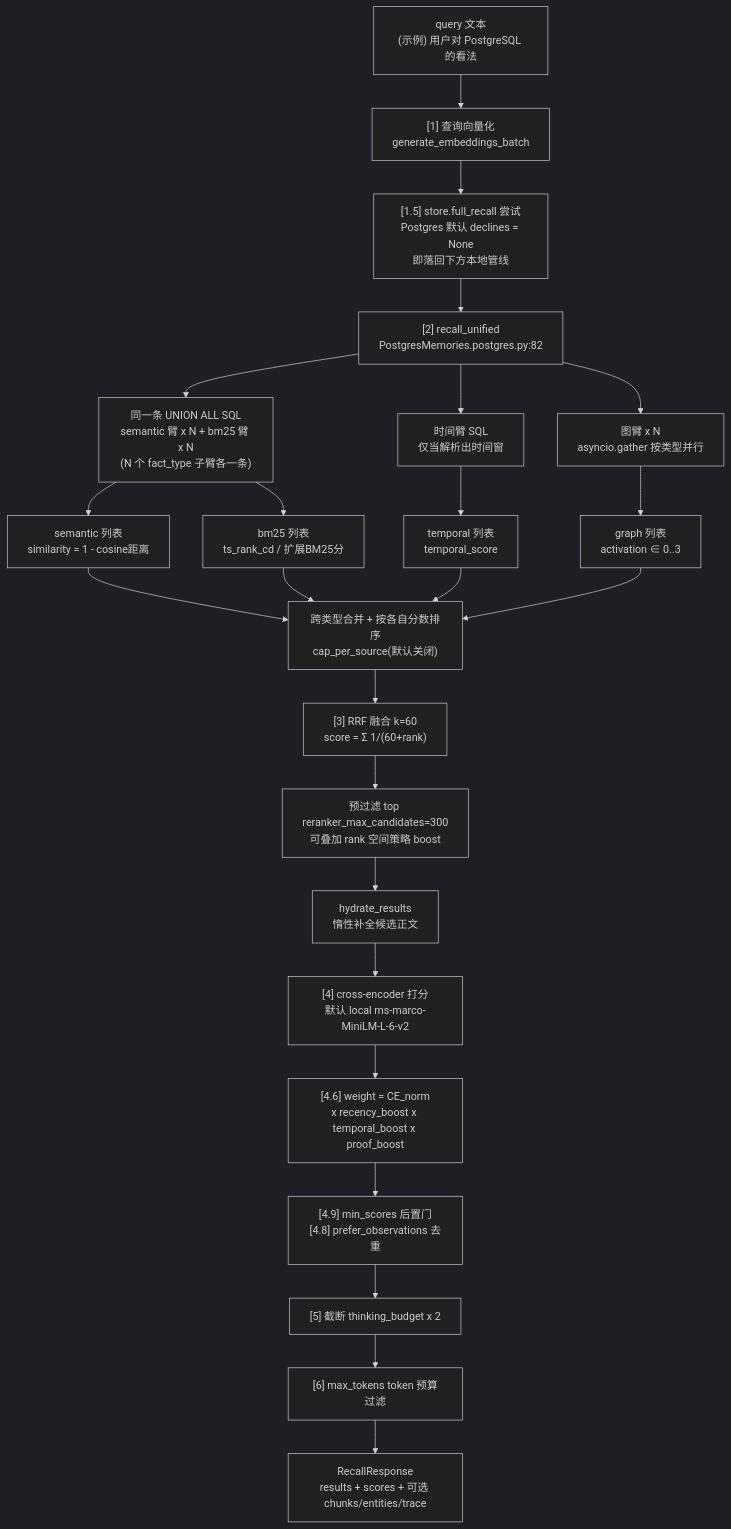
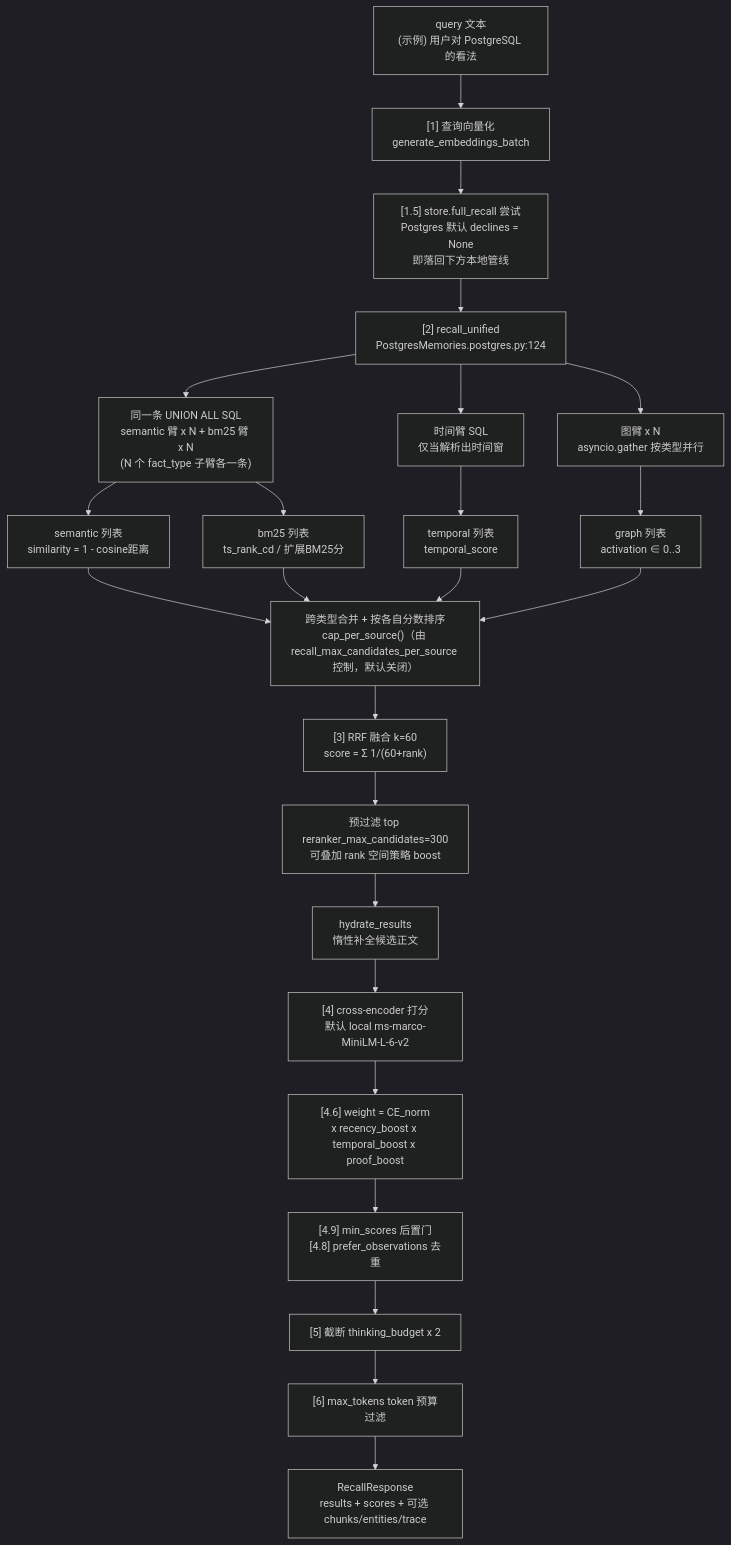
The first of 2 diagrams in docs/hindsight/source-study/03-recall-检索系统.md (stefanv5/memory-platform-architecture), drawn with Mermaid (dark theme) before and after one commit. The commit also changed other lines of this file and 7 other files, not shown here.

Commit message:
docs(hindsight): update 7-volume source study to v0.10.2 (f7dd3f4fd) — engine memories/pg restructure, storage/transfer subsystems, reflect presentation (#4656), refresh pausing (#4618), rank-decayed boost (#4653), bank aliases; verified per-module by review agents

````diff
--- a/docs/hindsight/source-study/03-recall-检索系统.md
+++ b/docs/hindsight/source-study/03-recall-检索系统.md
@@ -91,30 +94,30 @@
 ```mermaid
 flowchart TB
     Q["query 文本<br/>(示例) 用户对 PostgreSQL 的看法"] --> EMB["[1] 查询向量化<br/>generate_embeddings_batch"]
     EMB --> FR["[1.5] store.full_recall 尝试<br/>Postgres 默认 declines = None<br/>即落回下方本地管线"]
-    FR --> RU["[2] recall_unified<br/>PostgresMemories.postgres.py:82"]
+    FR --> RU["[2] recall_unified<br/>PostgresMemories.postgres.py:124"]
 
     RU --> SB["同一条 UNION ALL SQL<br/>semantic 臂 x N + bm25 臂 x N<br/>(N 个 fact_type 子臂各一条)"]
     RU --> TE["时间臂 SQL<br/>仅当解析出时间窗"]
     RU --> GR["图臂 x N<br/>asyncio.gather 按类型并行"]
 
     SB --> SEM["semantic 列表<br/>similarity = 1 - cosine距离"]
     SB --> KW["bm25 列表<br/>ts_rank_cd / 扩展BM25分"]
     TE --> TEM["temporal 列表<br/>temporal_score"]
     GR --> GRA["graph 列表<br/>activation ∈ 0..3"]
 
-    SEM --> SORT["跨类型合并 + 按各自分数排序<br/>cap_per_source(默认关闭)"]
+    SEM --> SORT["跨类型合并 + 按各自分数排序<br/>cap_per_source()（由 recall_max_candidates_per_source 控制，默认关闭）"]
     KW --> SORT
     TEM --> SORT
     GRA --> SORT
 
     SORT --> RRF["[3] RRF 融合 k=60<br/>score = Σ 1/(60+rank)"]
     RRF --> PRE["预过滤 top reranker_max_candidates=300<br/>可叠加 rank 空间策略 boost"]
     PRE --> HYD["hydrate_results<br/>惰性补全候选正文"]
     HYD --> CE["[4] cross-encoder 打分<br/>默认 local ms-marco-MiniLM-L-6-v2"]
     CE --> CS["[4.6] weight = CE_norm<br/>x recency_boost x temporal_boost x proof_boost"]
     CS --> MS["[4.9] min_scores 后置门<br/>[4.8] prefer_observations 去重"]
     MS --> TR["[5] 截断 thinking_budget x 2"]
     TR --> TOK["[6] max_tokens token 预算过滤"]
     TOK --> RES["RecallResponse<br/>results + scores + 可选 chunks/entities/trace"]
 ```
````
